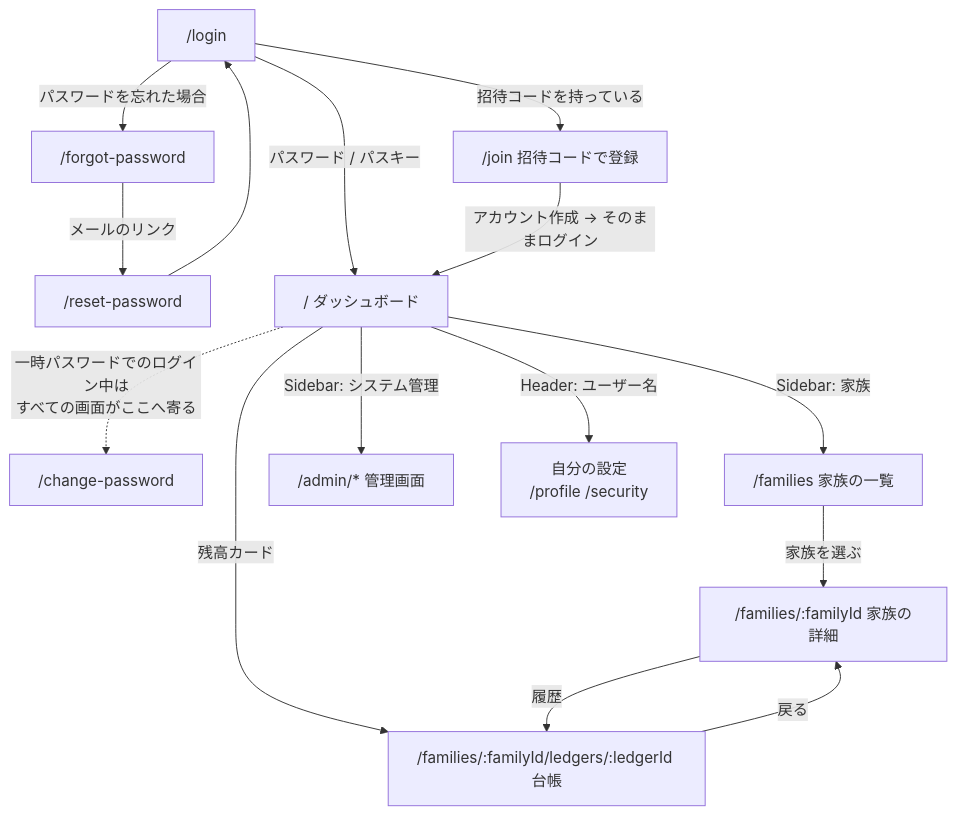
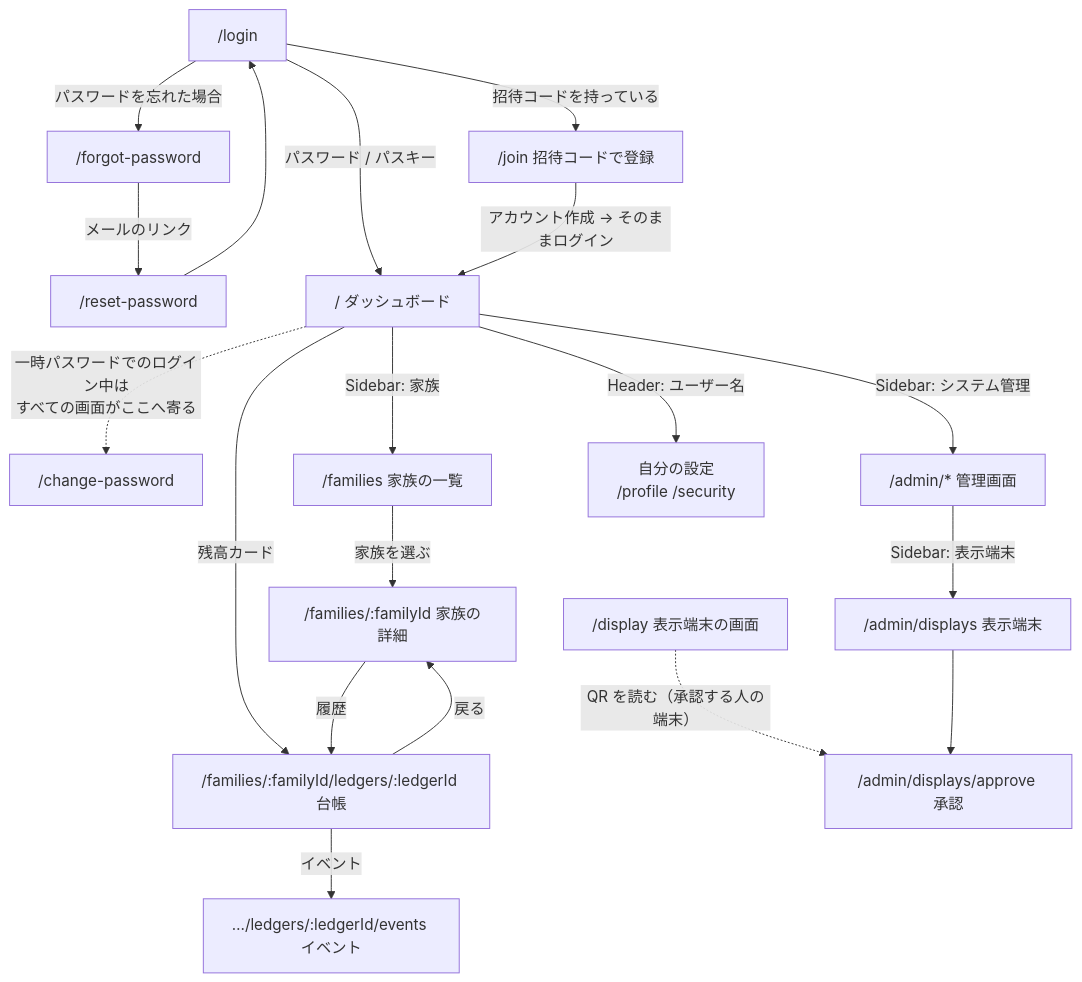
One commit to kiyoteruhosoda/rewardpointsweb changed the first of 2 diagrams in frontend/README.md. Above: the diagram before and after it, drawn with Mermaid. The commit also changed other lines of this file and 14 other files, not shown here.

````diff
--- a/frontend/README.md
+++ b/frontend/README.md
@@ -99,31 +104,39 @@
 ```mermaid
 flowchart TD
   login["/login"]
   join["/join 招待コードで登録"]
   forgot["/forgot-password"]
   reset["/reset-password"]
   change["/change-password"]
   dash["/ ダッシュボード"]
   families["/families 家族の一覧"]
   family["/families/:familyId 家族の詳細"]
   ledger["/families/:familyId/ledgers/:ledgerId 台帳"]
+  events["…/ledgers/:ledgerId/events イベント"]
+  displays["/admin/displays 表示端末"]
+  approve["/admin/displays/approve 承認"]
+  display["/display 表示端末の画面"]
   admin["/admin/* 管理画面"]
   own["自分の設定<br/>/profile /security"]
 
   login -->|"パスワード / パスキー"| dash
   login -->|"招待コードを持っている"| join
   join -->|"アカウント作成 → そのままログイン"| dash
   login -->|"パスワードを忘れた場合"| forgot
   forgot -->|"メールのリンク"| reset
   reset --> login
 
   dash -->|"Sidebar: 家族"| families
   dash -->|"残高カード"| ledger
   families -->|"家族を選ぶ"| family
   family -->|"履歴"| ledger
   ledger -->|"戻る"| family
+  ledger -->|"イベント"| events
+  admin -->|"Sidebar: 表示端末"| displays
+  display -.->|"QR を読む（承認する人の端末）"| approve
+  displays --> approve
   dash -->|"Header: ユーザー名"| own
   dash -->|"Sidebar: システム管理"| admin
 
   dash -.->|"一時パスワードでのログイン中は<br/>すべての画面がここへ寄る"| change
 ```
````
